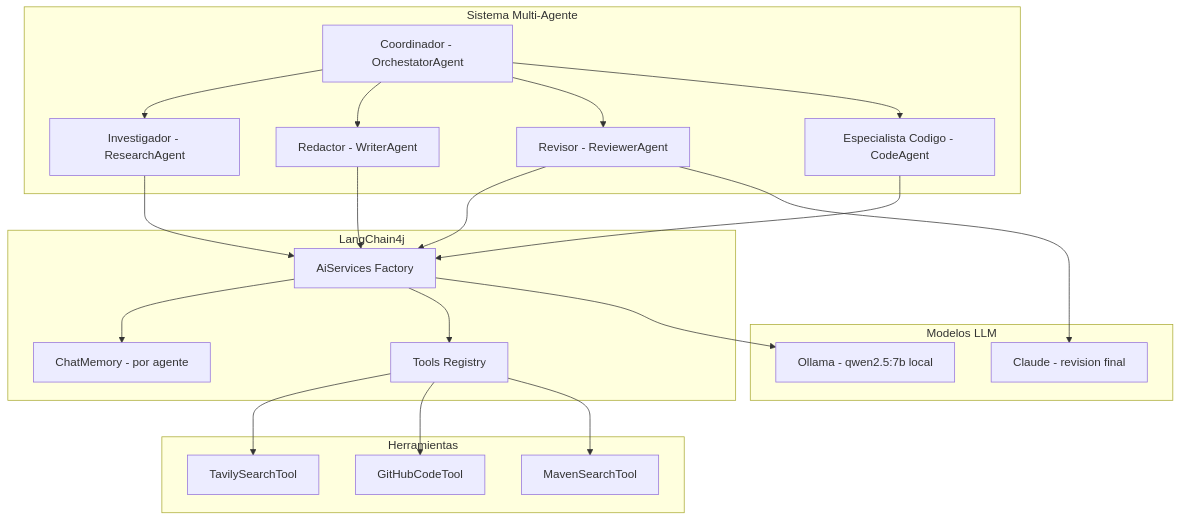
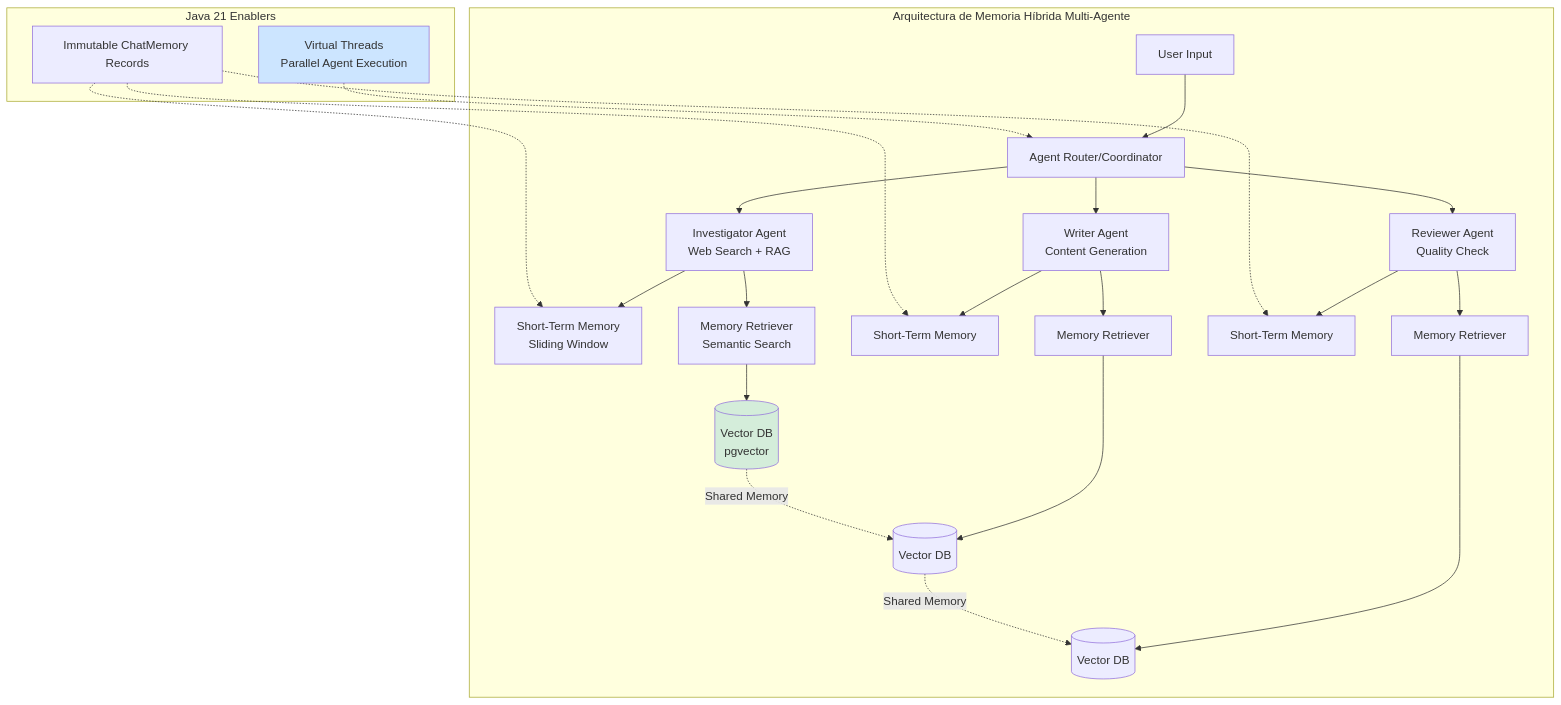
The first of 3 diagrams in 08_IA_Agentes/sistemas_multi-agente_con_langchain4j_y_ollama_STAFF.md (Joaquinriosheredia/DAM-Java-Mastery), drawn with Mermaid before and after one commit. The commit also changed other lines of this file, not shown here.

Commit message:
sistemas_multi-agente_con_langchain4j_y_ollama_STAFF.md

````diff
--- a/08_IA_Agentes/sistemas_multi-agente_con_langchain4j_y_ollama_STAFF.md
+++ b/08_IA_Agentes/sistemas_multi-agente_con_langchain4j_y_ollama_STAFF.md
@@ -64,39 +73,35 @@
 ```mermaid
 graph TD
-    subgraph Sistema Multi-Agente
-        A[Coordinador - OrchestatorAgent]
-        B[Investigador - ResearchAgent]
-        C[Redactor - WriterAgent]
-        D[Revisor - ReviewerAgent]
-        E[Especialista Codigo - CodeAgent]
+    subgraph "Arquitectura de Memoria Híbrida Multi-Agente"
+        USER[User Input] --> ROUTER[Agent Router/Coordinator]
+        
+        ROUTER --> AGENT1[Investigator Agent<br>Web Search + RAG]
+        ROUTER --> AGENT2[Writer Agent<br>Content Generation]
+        ROUTER --> AGENT3[Reviewer Agent<br>Quality Check]
+        
+        AGENT1 --> SHORT1[Short-Term Memory<br>Sliding Window]
+        AGENT1 --> RETRIEVE1[Memory Retriever<br>Semantic Search]
+        RETRIEVE1 --> VECTOR1[(Vector DB<br>pgvector)]
+        
+        AGENT2 --> SHORT2[Short-Term Memory]
+        AGENT2 --> RETRIEVE2[Memory Retriever]
+        RETRIEVE2 --> VECTOR2[(Vector DB)]
+        
+        AGENT3 --> SHORT3[Short-Term Memory]
+        AGENT3 --> RETRIEVE3[Memory Retriever]
+        RETRIEVE3 --> VECTOR3[(Vector DB)]
+        
+        VECTOR1 -.->|Shared Memory| VECTOR2
+        VECTOR2 -.->|Shared Memory| VECTOR3
     end
-    subgraph LangChain4j
-        F[AiServices Factory]
-        G[ChatMemory - por agente]
-        H[Tools Registry]
+    
+    subgraph "Java 21 Enablers"
+        VT[Virtual Threads<br>Parallel Agent Execution] -.-> ROUTER
+        REC[Immutable ChatMemory Records] -.-> SHORT1
+        REC -.-> SHORT2
+        REC -.-> SHORT3
     end
-    subgraph Modelos LLM
-        I[Ollama - qwen2.5:7b local]
-        J[Claude - revision final]
-    end
-    subgraph Herramientas
-        K[TavilySearchTool]
-        L[GitHubCodeTool]
-        M[MavenSearchTool]
-    end
-    A --> B
-    A --> C
-    A --> D
-    A --> E
-    B --> F
-    C --> F
-    D --> F
-    E --> F
-    F --> G
-    F --> H
-    F --> I
-    D --> J
-    H --> K
-    H --> L
-    H --> M
+    
+    style VECTOR1 fill:#d4edda
+    style VT fill:#cce5ff
 ```
````
